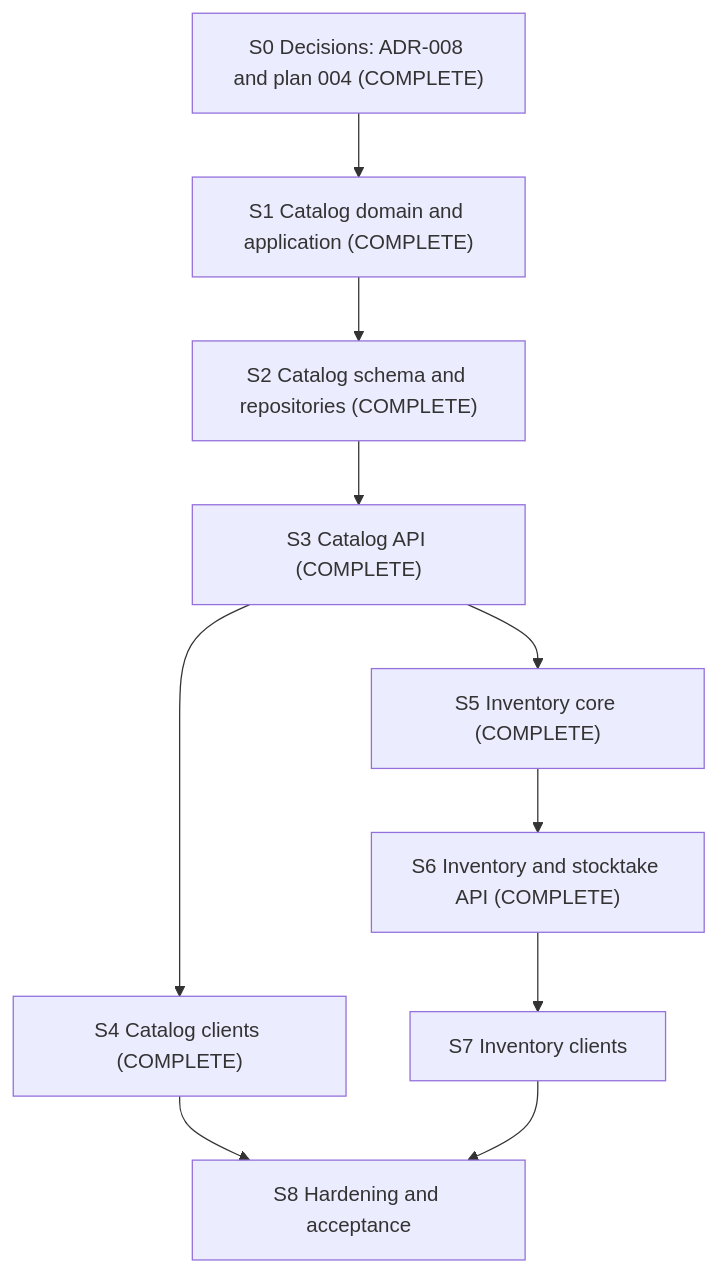
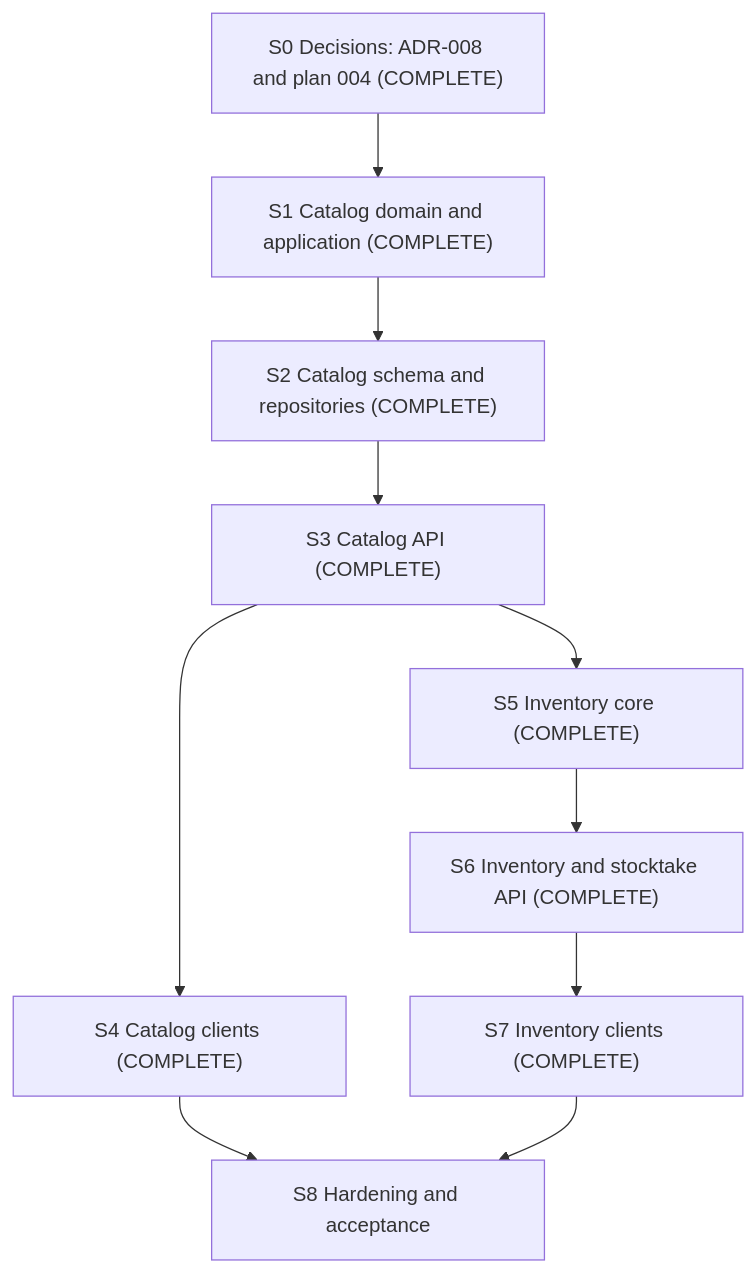
The diagram in docs/plans/004-build-2-catalog-inventory.md (lumzeegates123/tali), drawn with Mermaid before and after one commit. The commit also changed other lines of this file and 48 other files, not shown here.

Commit message:
feat(clients): add Build 2 Slice 7 inventory clients

````diff
--- a/docs/plans/004-build-2-catalog-inventory.md
+++ b/docs/plans/004-build-2-catalog-inventory.md
@@ -43,12 +44,12 @@
 ```mermaid
 flowchart TD
   S0["S0 Decisions: ADR-008 and plan 004 (COMPLETE)"] --> S1["S1 Catalog domain and application (COMPLETE)"]
   S1 --> S2["S2 Catalog schema and repositories (COMPLETE)"]
   S2 --> S3["S3 Catalog API (COMPLETE)"]
   S3 --> S4["S4 Catalog clients (COMPLETE)"]
   S3 --> S5["S5 Inventory core (COMPLETE)"]
   S5 --> S6["S6 Inventory and stocktake API (COMPLETE)"]
-  S6 --> S7["S7 Inventory clients"]
+  S6 --> S7["S7 Inventory clients (COMPLETE)"]
   S4 --> S8["S8 Hardening and acceptance"]
   S7 --> S8
 ```
````
